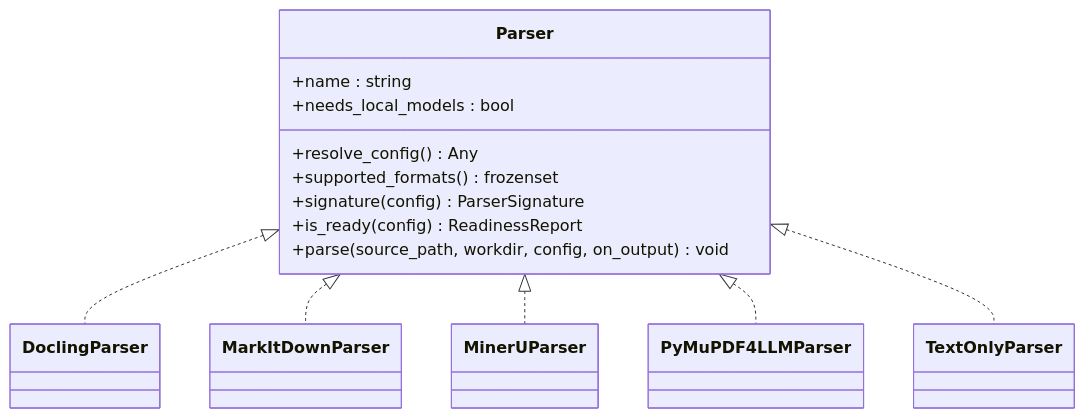
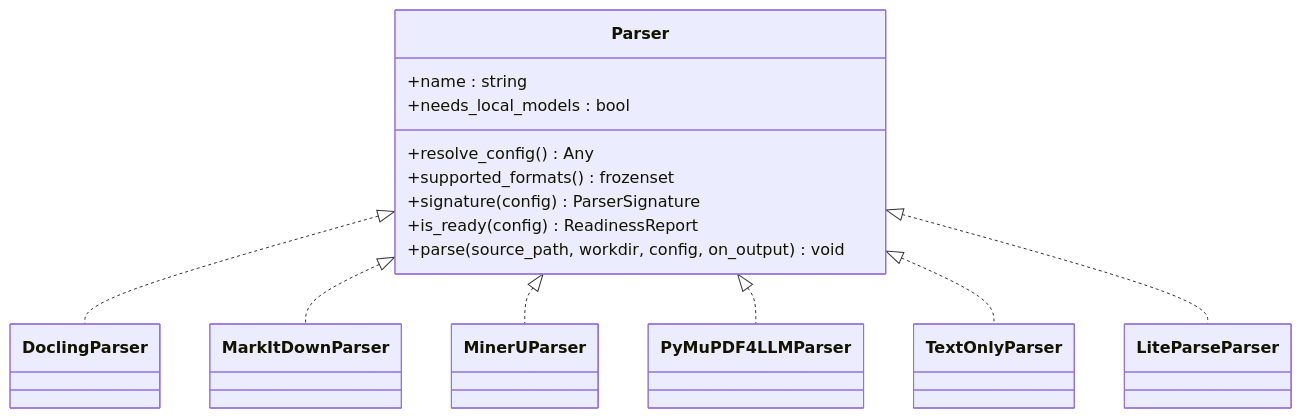
The fourth of 4 diagrams in .qoder/repowiki/zh/content/知识库系统/文档处理管道.md (gongzili456/DeepTutor), drawn with Mermaid before and after one commit. The commit also changed other lines of this file and 289 other files, not shown here.

````diff
--- a/.qoder/repowiki/zh/content/知识库系统/文档处理管道.md
+++ b/.qoder/repowiki/zh/content/知识库系统/文档处理管道.md
@@ -218,22 +249,24 @@
 ```mermaid
 classDiagram
 class Parser {
 +name : string
 +needs_local_models : bool
 +resolve_config() Any
 +supported_formats() frozenset
 +signature(config) ParserSignature
 +is_ready(config) ReadinessReport
 +parse(source_path, workdir, config, on_output) void
 }
 class DoclingParser
 class MarkItDownParser
 class MinerUParser
 class PyMuPDF4LLMParser
 class TextOnlyParser
+class LiteParseParser
 Parser <|.. DoclingParser
 Parser <|.. MarkItDownParser
 Parser <|.. MinerUParser
 Parser <|.. PyMuPDF4LLMParser
 Parser <|.. TextOnlyParser
+Parser <|.. LiteParseParser
 ```
````
